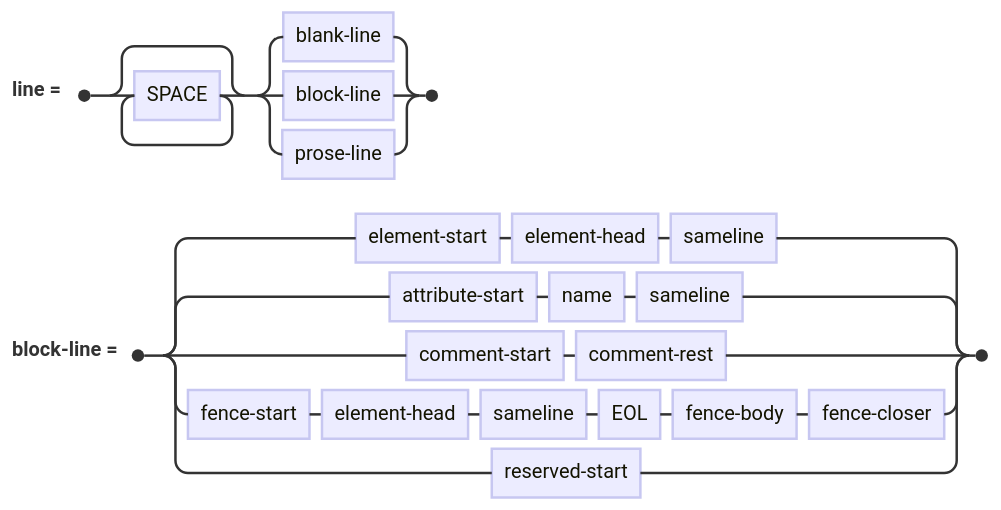
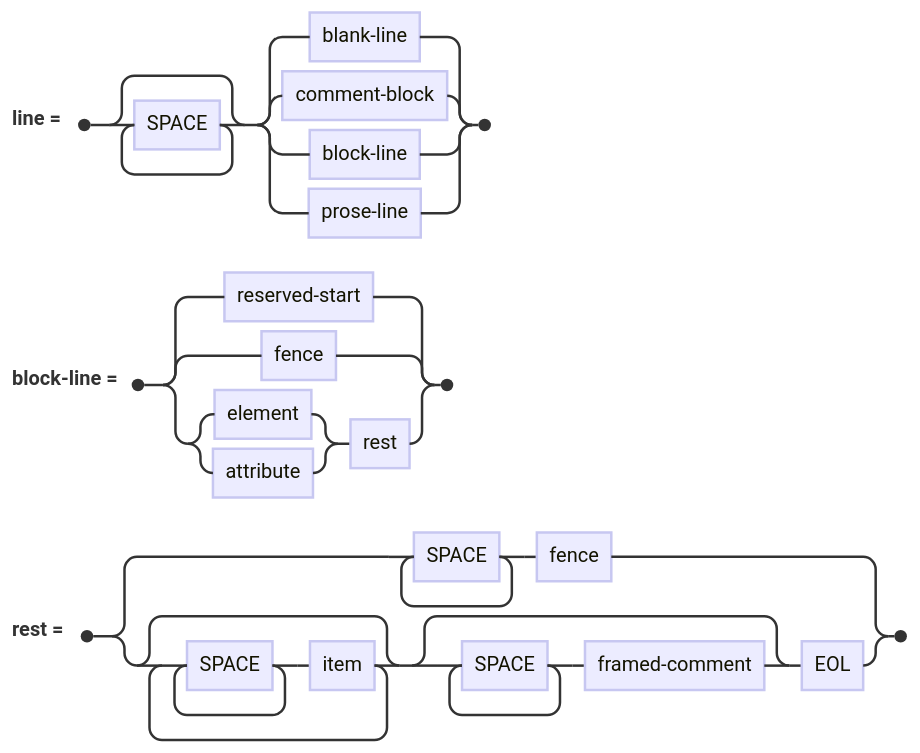
One commit to v2-io/udon changed the first of 10 diagrams in v2/spec-lite-0.1.0/.int/railroad-2026-10-21.md. Above: the diagram before and after it, drawn with Mermaid. The commit also changed other lines of this file and 1 other file, not shown here.

First line of the commit message:
spec-lite-0.1.0: railroad: line is blank / comment-block / block-line / prose; block-line is what sameline named (Joseph, 2026-10-21), built from starts and items with the fence as the only last-item; verbatim recorded

````diff
--- a/v2/spec-lite-0.1.0/.int/railroad-2026-10-21.md
+++ b/v2/spec-lite-0.1.0/.int/railroad-2026-10-21.md
@@ -11,8 +11,10 @@
 ```mermaid
 railroad-peg-beta
 title "A line"
-line <- SPACE* (blank-line / block-line / prose-line) ;
-%% SPACE* is the line's column. A TAB or other non-space whitespace there is an error ([[rule:column-shifting-whitespace-error]]); U+00A0 counts as a space with a default-off warning ([[rule:no-break-space-counts-as-space]]). Ordered choice: a line that is not blank and does not begin with a start is prose
-block-line <- element-start element-head sameline / attribute-start name sameline / comment-start comment-rest / fence-start element-head sameline EOL fence-body fence-closer / reserved-start ;
-%% a line that begins with a block form ([[def:block-form]]); Joseph's term, 2026-10-21. Each alternative is a start (section 2) and what that start owns: element and attribute lines own a sameline (section 4); a comment line owns its rest and its deeper lines (section 10); a fence owns a head, a sameline and a body to its closer (section 8); a reserved start is an error
+line <- SPACE* (blank-line / comment-block / block-line / prose-line) ;
+%% SPACE* is the line's column. A TAB or other non-space whitespace there is an error ([[rule:column-shifting-whitespace-error]]); U+00A0 counts as a space with a default-off warning ([[rule:no-break-space-counts-as-space]]). Ordered choice: a line that is not blank, not a comment block and does not begin with a start is prose
+block-line <- reserved-start / fence / (element / attribute) rest ;
+%% a line that begins with a start and holds items (Joseph's term, 2026-10-21; it is what "sameline" named, first construct included). A reserved start is an error. The fence is tried first because it owns the rest of its line and the lines down to its closer (section 8)
+rest <- SPACE+ fence / (SPACE+ item)* (SPACE+ framed-comment)? EOL ;
+%% the block-line's remaining items (section 4). A fence may be an item only as the last one, for the same reason
 ```
````
